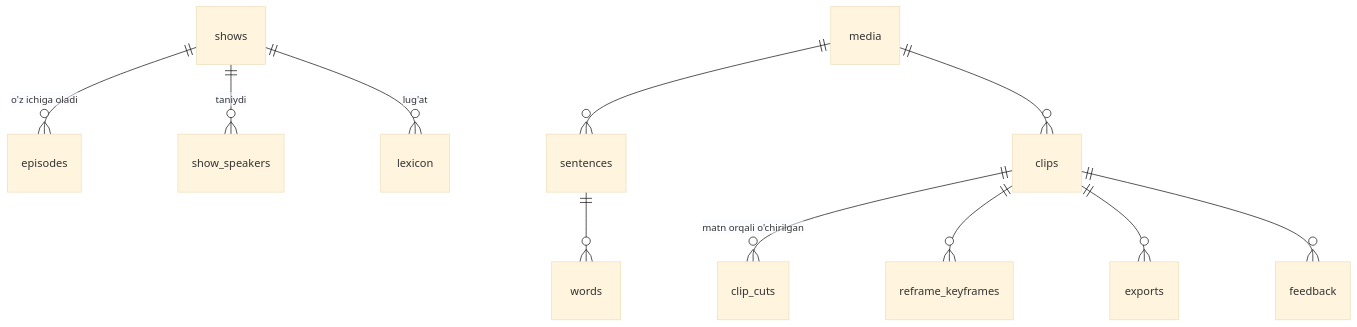
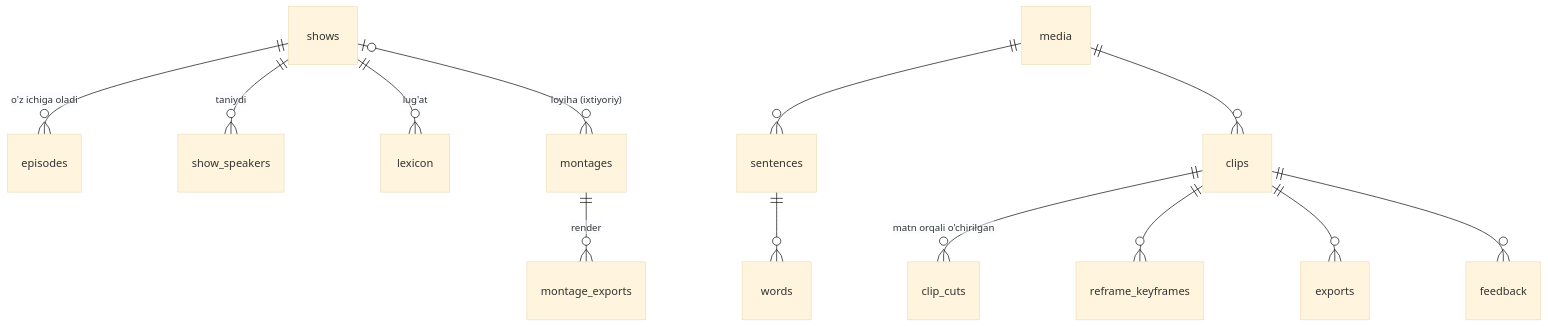
Before and after one commit to AbduxalilVoxidjonov/lahza.uz: the diagram in docs/05-malumot-modeli.md, drawn with Mermaid (base theme). The commit also changed other lines of this file and 107 other files, not shown here.

````diff
--- a/docs/05-malumot-modeli.md
+++ b/docs/05-malumot-modeli.md
@@ -5,13 +5,15 @@
 ```mermaid
 erDiagram
   shows ||--o{ episodes : "o'z ichiga oladi"
   shows ||--o{ show_speakers : "taniydi"
   shows ||--o{ lexicon : "lug'at"
+  shows |o--o{ montages : "loyiha (ixtiyoriy)"
+  montages ||--o{ montage_exports : "render"
   media ||--o{ sentences : ""
   sentences ||--o{ words : ""
   media ||--o{ clips : ""
   clips ||--o{ clip_cuts : "matn orqali o'chirilgan"
   clips ||--o{ reframe_keyframes : ""
   clips ||--o{ exports : ""
   clips ||--o{ feedback : ""
 ```
````
